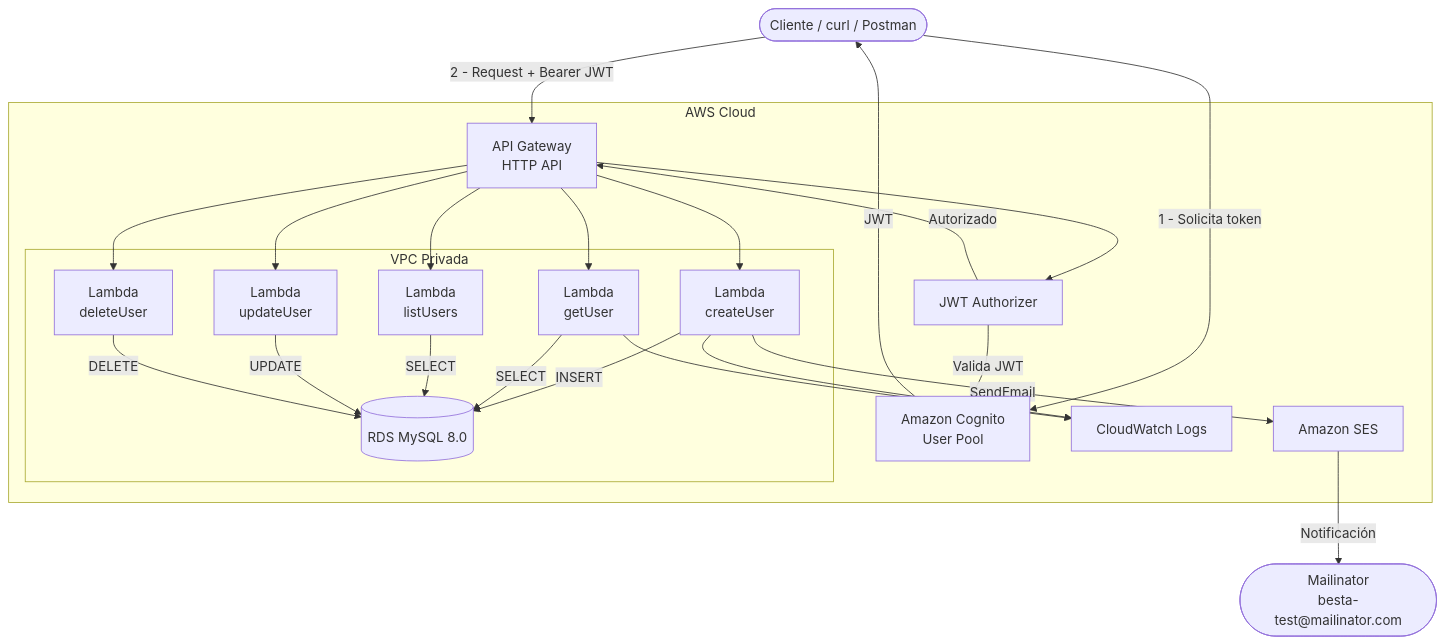
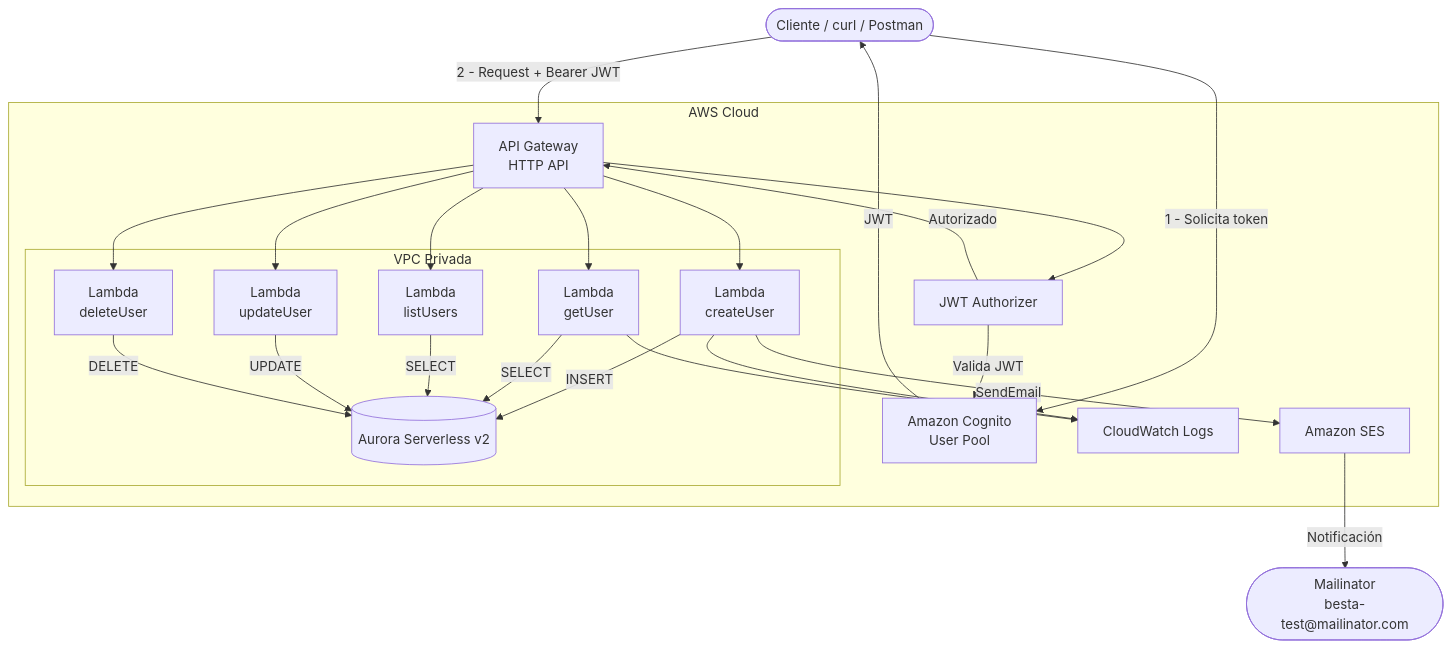
The diagram in README.md (VictoriaReyes1803/users-serverless-api), drawn with Mermaid before and after one commit. The commit also changed other lines of this file and 7 other files, not shown here.

Commit message:
eat: migrate database from RDS MySQL to Aurora Serverless   v2

````diff
--- a/README.md
+++ b/README.md
@@ -36,45 +36,45 @@
 ```mermaid
 graph TD
     Client([Cliente / curl / Postman])
 
     subgraph AWS Cloud
         Cognito[Amazon Cognito\nUser Pool]
         APIGW[API Gateway\nHTTP API]
         Auth[JWT Authorizer]
 
         subgraph VPC Privada
             LambdaCreate[Lambda\ncreateUser]
             LambdaGet[Lambda\ngetUser]
             LambdaList[Lambda\nlistUsers]
             LambdaUpdate[Lambda\nupdateUser]
             LambdaDelete[Lambda\ndeleteUser]
-            RDS[(RDS MySQL 8.0)]
+            RDS[(Aurora Serverless v2)]
         end
 
         SES[Amazon SES]
         CW[CloudWatch Logs]
     end
 
     Mailinator(["Mailinator<br/>besta-test@mailinator.com"])
 
     Client -->|1 - Solicita token| Cognito
     Cognito -->|JWT| Client
     Client -->|2 - Request + Bearer JWT| APIGW
     APIGW --> Auth
     Auth -->|Valida JWT| Cognito
     Auth -->|Autorizado| APIGW
     APIGW --> LambdaCreate
     APIGW --> LambdaGet
     APIGW --> LambdaList
     APIGW --> LambdaUpdate
     APIGW --> LambdaDelete
     LambdaCreate -->|INSERT| RDS
     LambdaCreate -->|SendEmail| SES
     LambdaGet -->|SELECT| RDS
     LambdaList -->|SELECT| RDS
     LambdaUpdate -->|UPDATE| RDS
     LambdaDelete -->|DELETE| RDS
     SES -->|Notificación| Mailinator
     LambdaCreate --> CW
     LambdaGet --> CW
 ```
````
